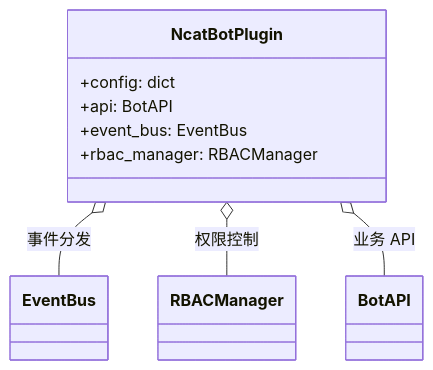
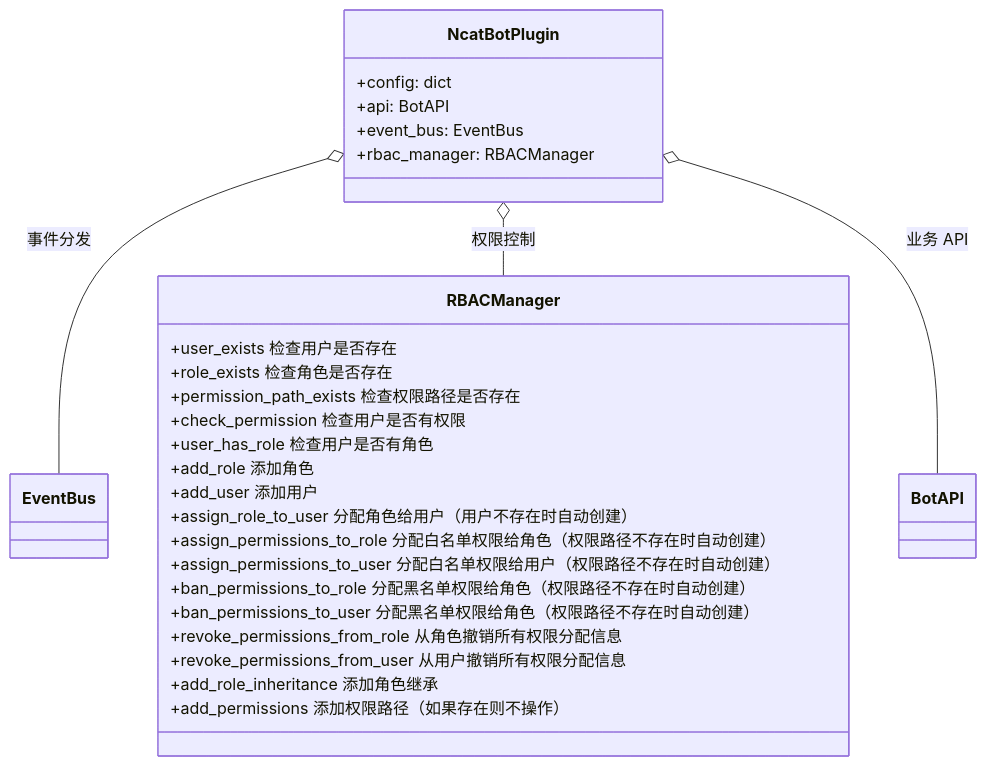
The second of 2 diagrams in docs/notes/guide/7. 插件系统/1. 介绍.md (huan-yp/NcatBotDocs), drawn with Mermaid before and after one commit. The commit also changed other lines of this file and 16 other files, not shown here.

````diff
--- a/docs/notes/guide/7. 插件系统/1. 介绍.md
+++ b/docs/notes/guide/7. 插件系统/1. 介绍.md
@@ -123,18 +120,35 @@
 ```mermaid
 classDiagram
     class NcatBotPlugin {
         +config: dict
         +api: BotAPI
         +event_bus: EventBus
         +rbac_manager: RBACManager
     }
 
     class EventBus
-    class RBACManager
+    class RBACManager {
+      +user_exists 检查用户是否存在
+      +role_exists 检查角色是否存在
+      +permission_path_exists 检查权限路径是否存在
+      +check_permission 检查用户是否有权限
+      +user_has_role 检查用户是否有角色
+      +add_role 添加角色
+      +add_user 添加用户
+      +assign_role_to_user 分配角色给用户（用户不存在时自动创建）
+      +assign_permissions_to_role 分配白名单权限给角色（权限路径不存在时自动创建）
+      +assign_permissions_to_user 分配白名单权限给用户（权限路径不存在时自动创建）
+      +ban_permissions_to_role 分配黑名单权限给角色（权限路径不存在时自动创建）
+      +ban_permissions_to_user 分配黑名单权限给角色（权限路径不存在时自动创建）
+      +revoke_permissions_from_role 从角色撤销所有权限分配信息
+      +revoke_permissions_from_user 从用户撤销所有权限分配信息
+      +add_role_inheritance 添加角色继承
+      +add_permissions 添加权限路径（如果存在则不操作）
+    }
     class BotAPI
 
     %% 依赖关系（聚合/组合）
     NcatBotPlugin o-- EventBus        : 事件分发
     NcatBotPlugin o-- RBACManager     : 权限控制
     NcatBotPlugin o-- BotAPI          : 业务 API
 ```
````
